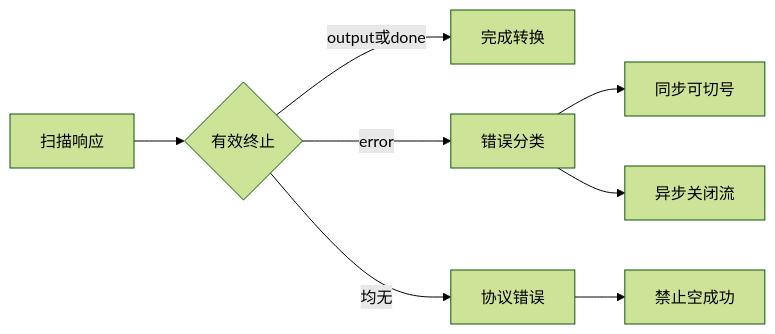
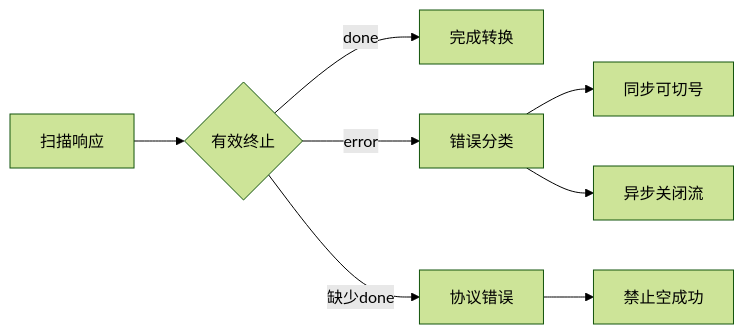
Before and after one commit to luode0320/cpa-workbuddy-plugin: the second of 2 diagrams in doc/4-bugs/2026-08-30_202238_Trae_HTTP200异常响应被静默当作空成功.md, drawn with Mermaid (forest theme). The commit also changed other lines of this file and 12 other files, not shown here.

````diff
--- a/doc/4-bugs/2026-08-30_202238_Trae_HTTP200异常响应被静默当作空成功.md
+++ b/doc/4-bugs/2026-08-30_202238_Trae_HTTP200异常响应被静默当作空成功.md
@@ -65,10 +65,10 @@
 ```mermaid
 flowchart LR
   A[扫描响应] --> B{有效终止}
-  B -->|output或done| C[完成转换]
+  B -->|done| C[完成转换]
   B -->|error| D[错误分类]
-  B -->|均无| E[协议错误]
+  B -->|缺少done| E[协议错误]
   E --> F[禁止空成功]
   D --> G[同步可切号]
   D --> H[异步关闭流]
 ```
````
